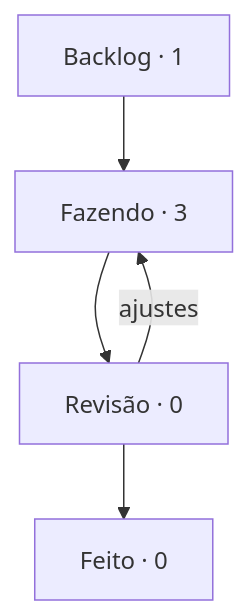
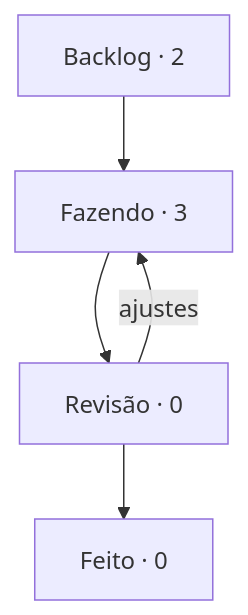
Before and after one commit to StudioVibi/VibiKanban: the diagram in boards/harness/BOARD.md, drawn with Mermaid. The commit also changed other lines of this file and 2 other files, not shown here.

````diff
--- a/boards/harness/BOARD.md
+++ b/boards/harness/BOARD.md
@@ -5,10 +5,10 @@
 ```mermaid
 flowchart TD
-  backlog["Backlog · 1"] --> doing["Fazendo · 3"]
+  backlog["Backlog · 2"] --> doing["Fazendo · 3"]
   doing --> review["Revisão · 0"]
   review --> done["Feito · 0"]
   review -->|ajustes| doing
   doing:::blue
   review:::yellow
   done:::green
 ```
````
